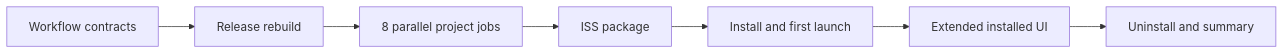
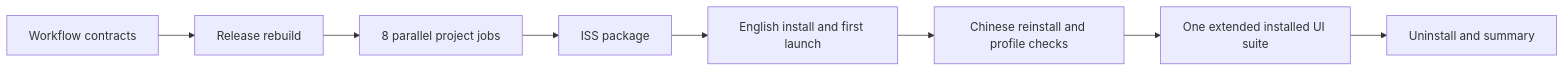
Before and after one commit to PaperHammer/VirtualPaper: the diagram in test/README.md, drawn with Mermaid. The commit also changed other lines of this file and 17 other files, not shown here.

Commit message:
Verify same-package reinstall and preserve installed user profiles

````diff
--- a/test/README.md
+++ b/test/README.md
@@ -58,9 +58,10 @@
 ```mermaid
 flowchart LR
     A[Workflow contracts] --> B[Release rebuild]
     B --> C[8 parallel project jobs]
     C --> D[ISS package]
-    D --> E[Install and first launch]
-    E --> F[Extended installed UI]
+    D --> E[English install and first launch]
+    E --> R[Chinese reinstall and profile checks]
+    R --> F[One extended installed UI suite]
     F --> G[Uninstall and summary]
 ```
````
